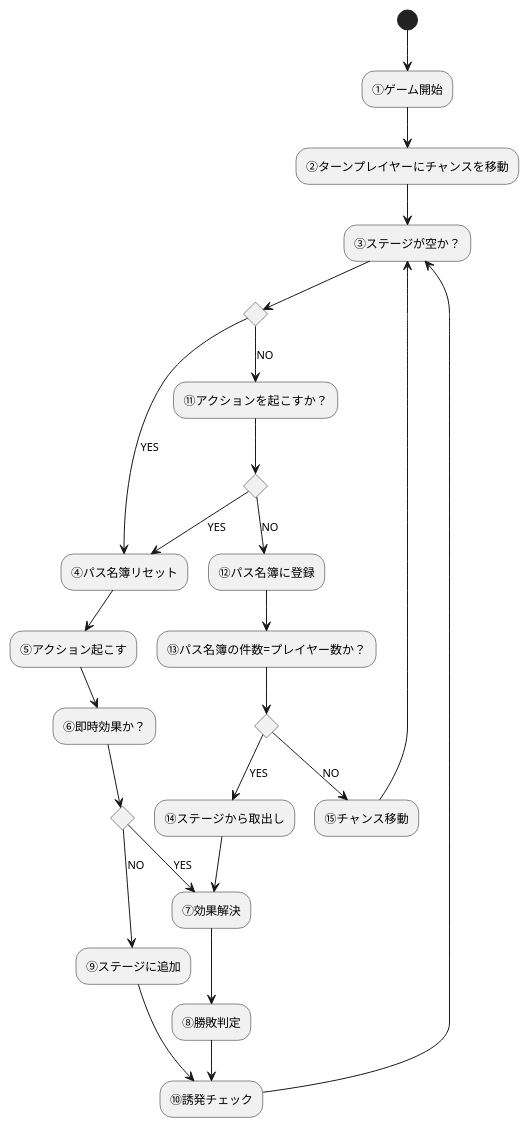
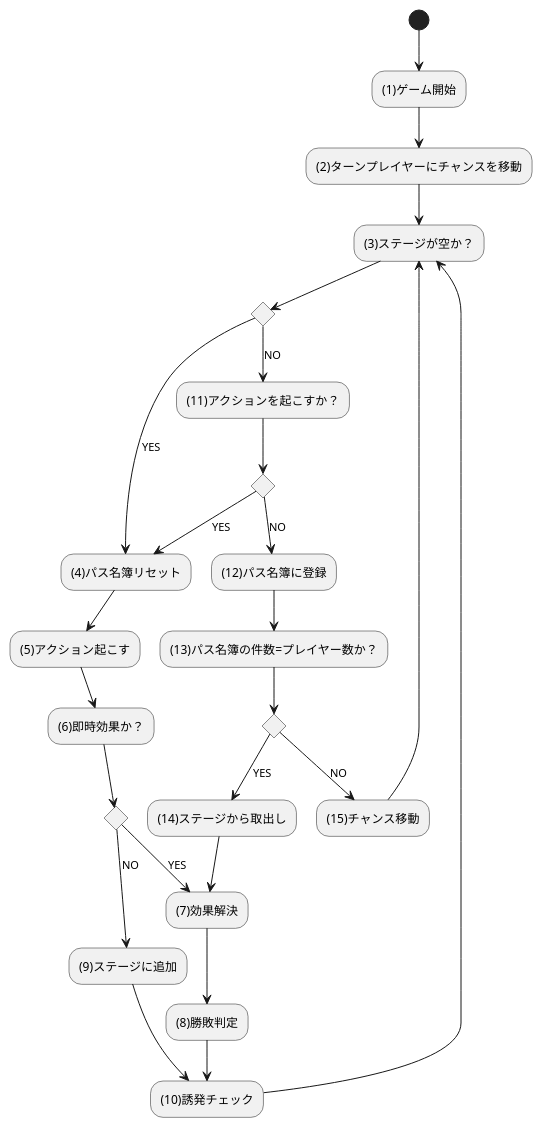
One commit to BlackPoker/BlackPoker changed the diagram in source/core/coreflow.puml. Above: the diagram before and after it, drawn with PlantUML. The commit also changed 3 other files, not shown here.

```diff
--- a/source/core/coreflow.puml
+++ b/source/core/coreflow.puml
@@ -1,35 +1,35 @@
 @startuml
-(*) --> "①ゲーム開始"
---> "②ターンプレイヤーにチャンスを移動"
--->"③ステージが空か？"
+(*) --> "(1)ゲーム開始"
+--> "(2)ターンプレイヤーにチャンスを移動"
+-->"(3)ステージが空か？"
 
 if "" then
-    -->[YES] "④パス名簿リセット"
-    --> "⑤アクション起こす"
-    --> "⑥即時効果か？"
+    -->[YES] "(4)パス名簿リセット"
+    --> "(5)アクション起こす"
+    --> "(6)即時効果か？"
     if "" then
-        -->[YES] "⑦効果解決"
-        --> "⑧勝敗判定"
-        --> "⑩誘発チェック"
+        -->[YES] "(7)効果解決"
+        --> "(8)勝敗判定"
+        --> "(10)誘発チェック"
     else
-        -->[NO] "⑨ステージに追加"
-        --> "⑩誘発チェック"
+        -->[NO] "(9)ステージに追加"
+        --> "(10)誘発チェック"
     endif
-    --> "③ステージが空か？"
+    --> "(3)ステージが空か？"
 else
-    -->[NO] "⑪アクションを起こすか？"
+    -->[NO] "(11)アクションを起こすか？"
     if "" then
-        -->[YES] "④パス名簿リセット"
+        -->[YES] "(4)パス名簿リセット"
     else
-        --> [NO] "⑫パス名簿に登録"
-        --> "⑬パス名簿の件数=プレイヤー数か？"
+        --> [NO] "(12)パス名簿に登録"
+        --> "(13)パス名簿の件数=プレイヤー数か？"
         if "" then
-            -->[YES] ”⑭ステージから取出し”
-            --> "⑦効果解決"
+            -->[YES] ”(14)ステージから取出し”
+            --> "(7)効果解決"
         else
-            --> [NO] "⑮チャンス移動"
-            --> "③ステージが空か？"
+            --> [NO] "(15)チャンス移動"
+            --> "(3)ステージが空か？"
         endif
     endif
 endif
 @enduml
```
